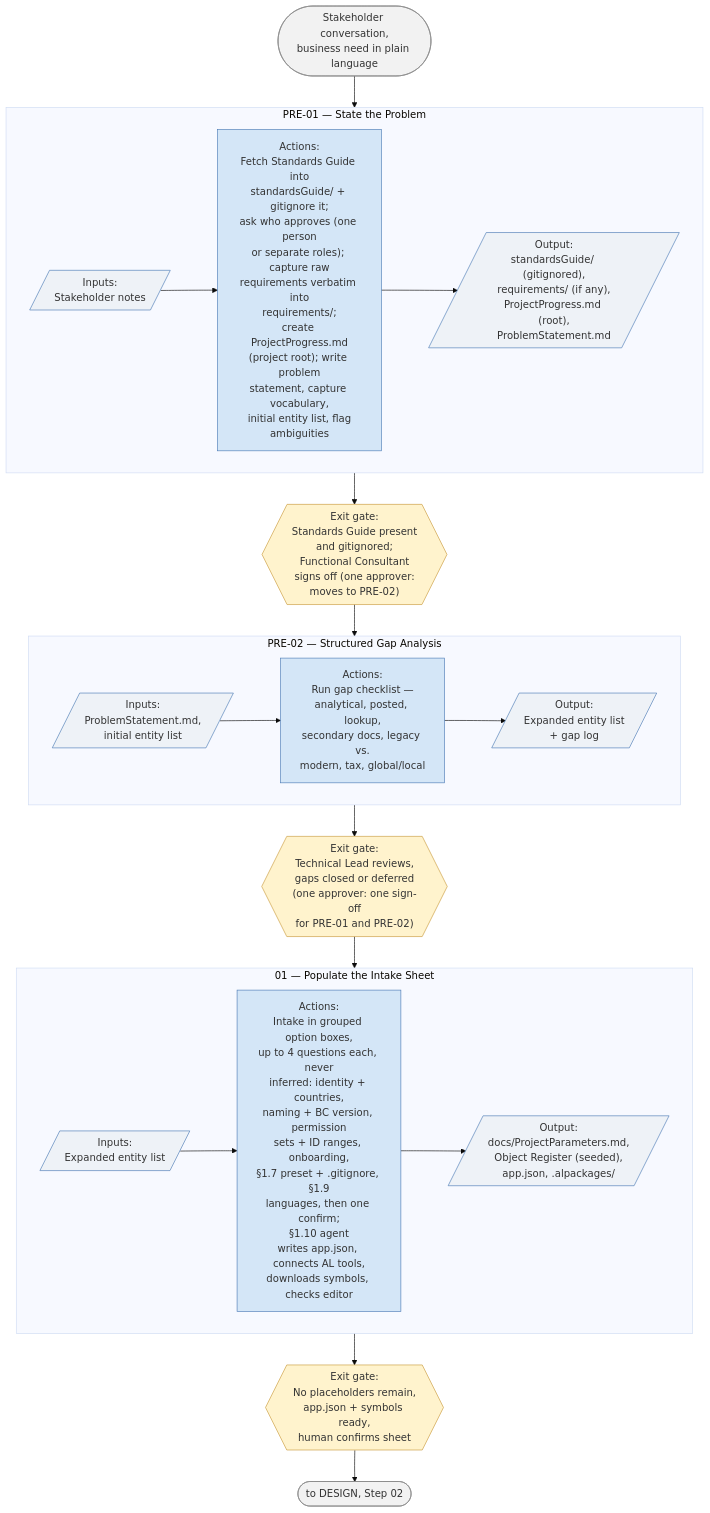
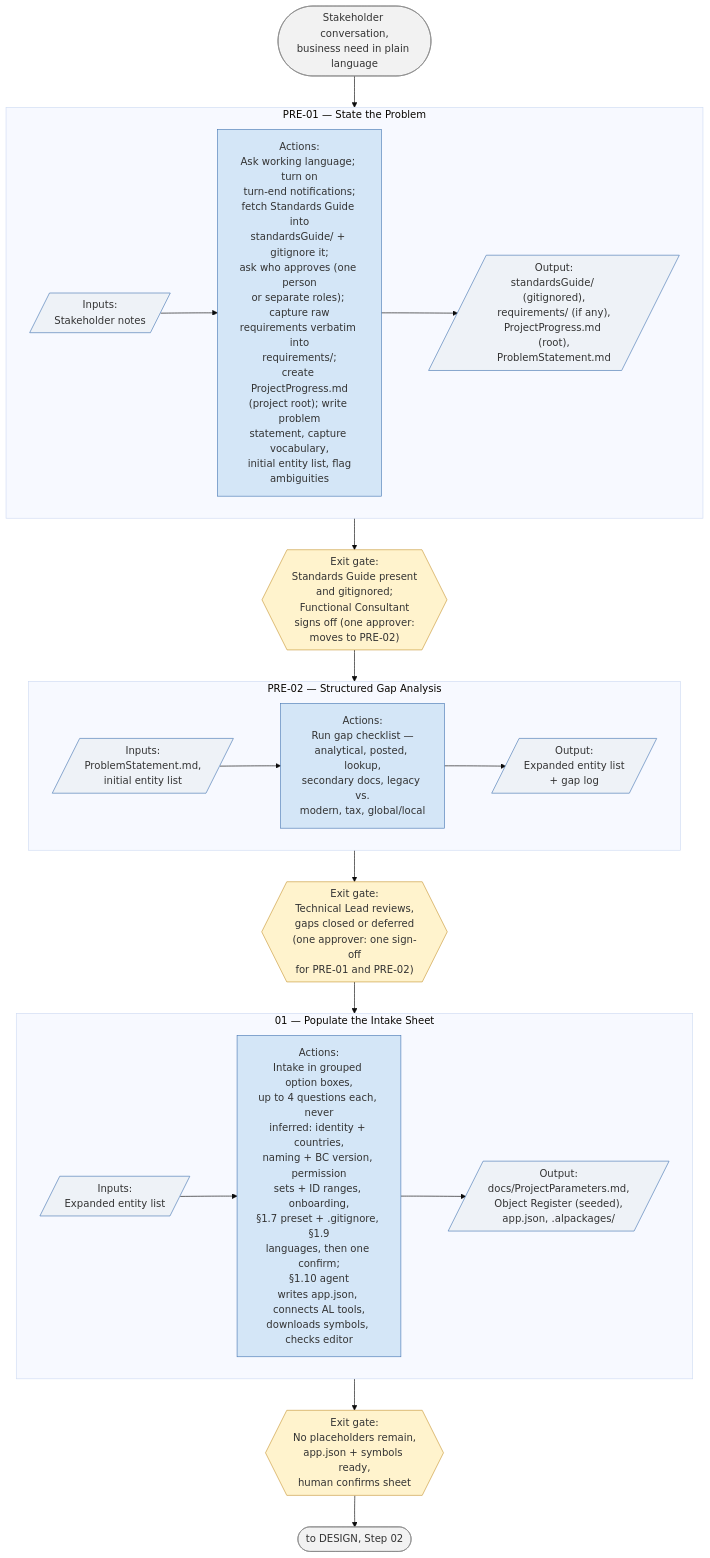
Before and after one commit to ajansari/ocpfBcAgenticDevFramework: the third of 8 diagrams in fullVersion/RunbookSchematics.md, drawn with Mermaid (base theme). The commit also changed other lines of this file and 21 other files, not shown here.

````diff
--- a/fullVersion/RunbookSchematics.md
+++ b/fullVersion/RunbookSchematics.md
@@ -126,35 +126,35 @@
 ```mermaid
 flowchart TD
     Start(["Stakeholder conversation,<br/>business need in plain language"]) --> PRE01
 
     subgraph PRE01["PRE-01 — State the Problem"]
         direction LR
-        In1[/"Inputs:<br/>Stakeholder notes"/] --> Act1["Actions:<br/>Fetch Standards Guide into<br/>standardsGuide/ + gitignore it;<br/>ask who approves (one person<br/>or separate roles); capture raw<br/>requirements verbatim into<br/>requirements/;<br/>create ProjectProgress.md<br/>(project root); write problem<br/>statement, capture vocabulary,<br/>initial entity list, flag<br/>ambiguities"] --> Out1[/"Output:<br/>standardsGuide/ (gitignored),<br/>requirements/ (if any),<br/>ProjectProgress.md (root),<br/>ProblemStatement.md"/]
+        In1[/"Inputs:<br/>Stakeholder notes"/] --> Act1["Actions:<br/>Ask working language; turn on<br/>turn-end notifications;<br/>fetch Standards Guide into<br/>standardsGuide/ + gitignore it;<br/>ask who approves (one person<br/>or separate roles); capture raw<br/>requirements verbatim into<br/>requirements/;<br/>create ProjectProgress.md<br/>(project root); write problem<br/>statement, capture vocabulary,<br/>initial entity list, flag<br/>ambiguities"] --> Out1[/"Output:<br/>standardsGuide/ (gitignored),<br/>requirements/ (if any),<br/>ProjectProgress.md (root),<br/>ProblemStatement.md"/]
     end
     PRE01 --> Gate1{{"Exit gate:<br/>Standards Guide present<br/>and gitignored;<br/>Functional Consultant<br/>signs off (one approver:<br/>moves to PRE-02)"}}
 
     Gate1 --> PRE02
     subgraph PRE02["PRE-02 — Structured Gap Analysis"]
         direction LR
         In2[/"Inputs:<br/>ProblemStatement.md,<br/>initial entity list"/] --> Act2["Actions:<br/>Run gap checklist —<br/>analytical, posted, lookup,<br/>secondary docs, legacy vs.<br/>modern, tax, global/local"] --> Out2[/"Output:<br/>Expanded entity list<br/>+ gap log"/]
     end
     PRE02 --> Gate2{{"Exit gate:<br/>Technical Lead reviews,<br/>gaps closed or deferred<br/>(one approver: one sign-off<br/>for PRE-01 and PRE-02)"}}
 
     Gate2 --> S01
     subgraph S01["01 — Populate the Intake Sheet"]
         direction LR
         In3[/"Inputs:<br/>Expanded entity list"/] --> Act3["Actions:<br/>Intake in grouped option boxes,<br/>up to 4 questions each, never<br/>inferred: identity + countries,<br/>naming + BC version, permission<br/>sets + ID ranges, onboarding,<br/>§1.7 preset + .gitignore, §1.9<br/>languages, then one confirm;<br/>§1.10 agent<br/>writes app.json, connects AL tools,<br/>downloads symbols, checks editor"] --> Out3[/"Output:<br/>docs/ProjectParameters.md,<br/>Object Register (seeded),<br/>app.json, .alpackages/"/]
     end
     S01 --> Gate3{{"Exit gate:<br/>No placeholders remain,<br/>app.json + symbols ready,<br/>human confirms sheet"}}
 
     Gate3 --> Next(["to DESIGN, Step 02"])
 
     classDef io fill:#eef2f7,stroke:#4a7ab5,stroke-width:1px;
     classDef act fill:#d4e6f7,stroke:#4a7ab5,stroke-width:1px;
     classDef gate fill:#fff3cd,stroke:#c99a3a,stroke-width:1px;
     classDef endpoint fill:#f2f2f2,stroke:#888,stroke-width:1px;
     class In1,Out1,In2,Out2,In3,Out3 io;
     class Act1,Act2,Act3 act;
     class Gate1,Gate2,Gate3 gate;
     class Start,Next endpoint;
 ```
````
